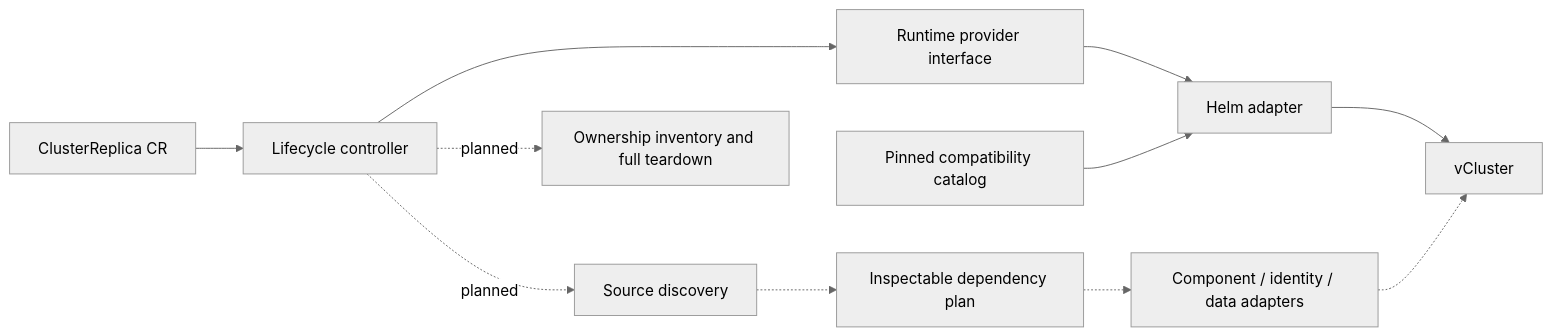
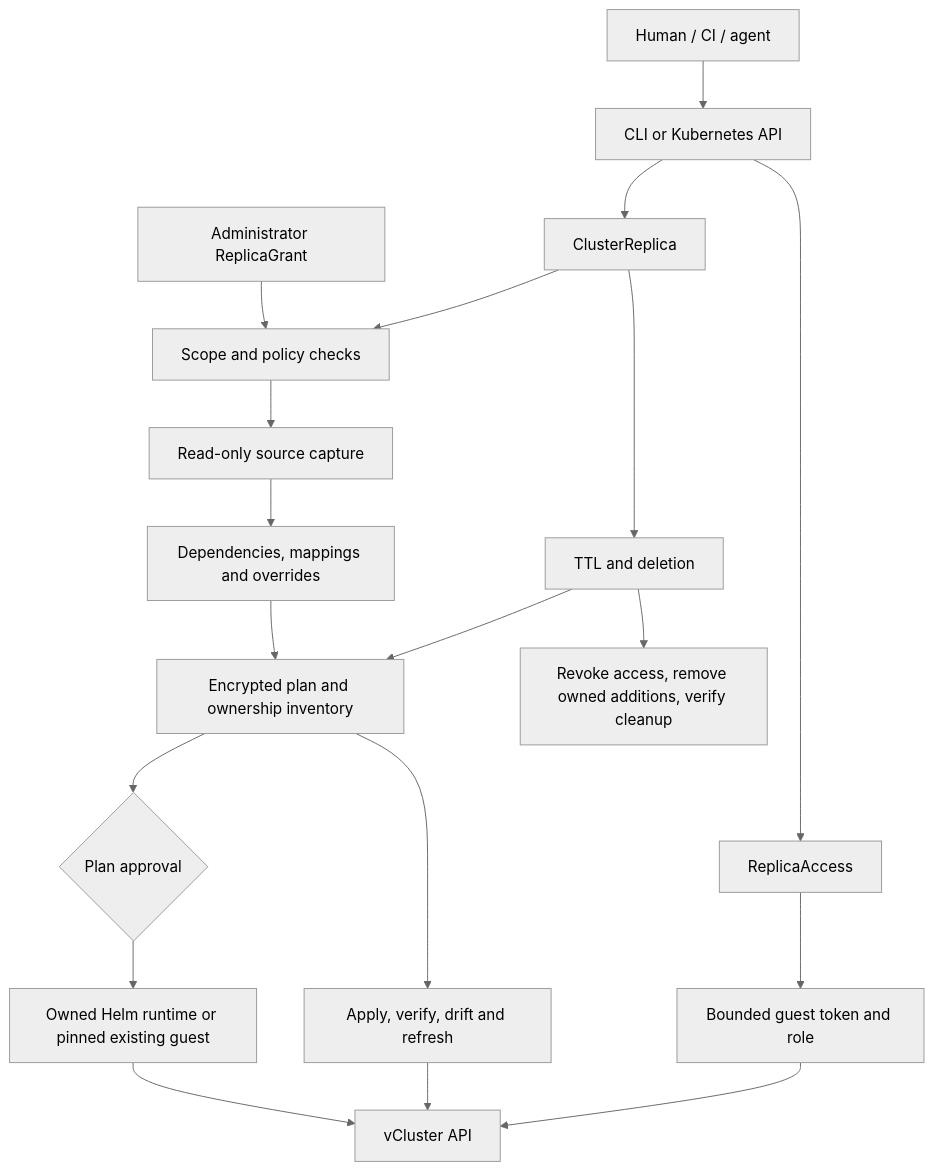
The diagram in docs/architecture.md (nimeshbuilds/cluster-replica), drawn with Mermaid (neutral theme) before and after one commit. The commit also changed other lines of this file and 10 other files, not shown here.

Commit message:
Stabilize replica reconciliation and recover guest tunnels

````diff
--- a/docs/architecture.md
+++ b/docs/architecture.md
@@ -5,13 +5,21 @@
 ```mermaid
-flowchart LR
-  CR[ClusterReplica CR] --> C[Lifecycle controller]
-  C --> R[Runtime provider interface]
-  R --> H[Helm adapter]
-  H --> V[vCluster]
-  K[Pinned compatibility catalog] --> H
-  C -. planned .-> D[Source discovery]
-  D -.-> P[Inspectable dependency plan]
-  P -.-> A[Component / identity / data adapters]
-  A -.-> V
-  C -. planned .-> I[Ownership inventory and full teardown]
+flowchart TD
+  U[Human / CI / agent] --> CLI[CLI or Kubernetes API]
+  CLI --> CR[ClusterReplica]
+  G[Administrator ReplicaGrant] --> A[Scope and policy checks]
+  CR --> A
+  A --> C[Read-only source capture]
+  C --> P[Dependencies, mappings and overrides]
+  P --> S[Encrypted plan and ownership inventory]
+  S --> M{Plan approval}
+  M --> R[Owned Helm runtime or pinned existing guest]
+  R --> V[vCluster API]
+  S --> W[Apply, verify, drift and refresh]
+  W --> V
+  CLI --> X[ReplicaAccess]
+  X --> T[Bounded guest token and role]
+  T --> V
+  CR --> D[TTL and deletion]
+  D --> S
+  D --> Q[Revoke access, remove owned additions, verify cleanup]
 ```
````
